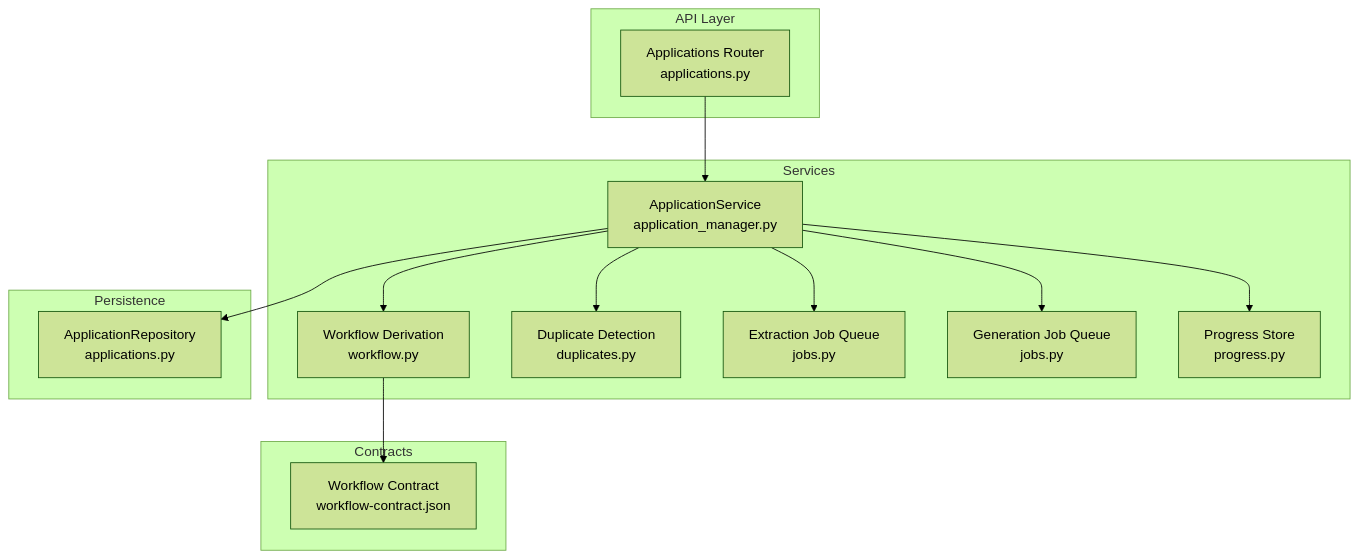
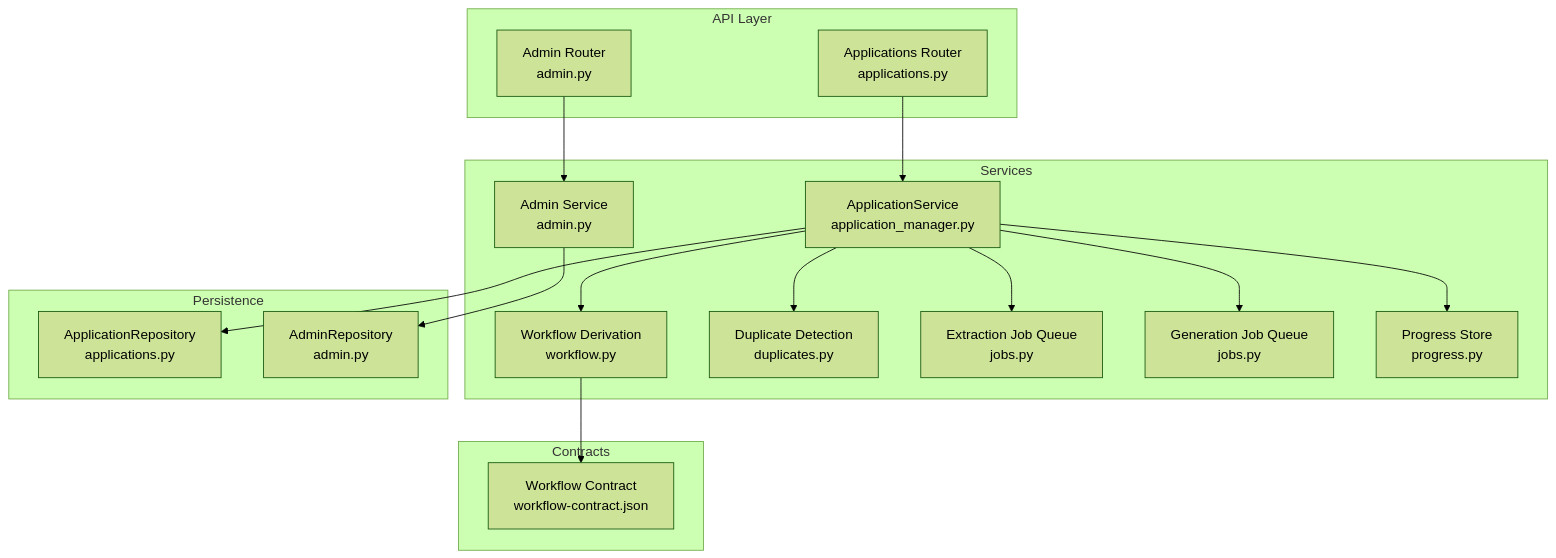
The first of 6 diagrams in .qoder/repowiki/en/content/Backend API/API Endpoints/Application CRUD Operations.md (sankaL/resume-app), drawn with Mermaid (forest theme) before and after one commit. The commit also changed other lines of this file and 11 other files, not shown here.

````diff
--- a/.qoder/repowiki/en/content/Backend API/API Endpoints/Application CRUD Operations.md
+++ b/.qoder/repowiki/en/content/Backend API/API Endpoints/Application CRUD Operations.md
@@ -33,28 +47,33 @@
 ```mermaid
 graph TB
 subgraph "API Layer"
 R["Applications Router<br/>applications.py"]
+A["Admin Router<br/>admin.py"]
 end
 subgraph "Services"
 S["ApplicationService<br/>application_manager.py"]
 W["Workflow Derivation<br/>workflow.py"]
 D["Duplicate Detection<br/>duplicates.py"]
 Q1["Extraction Job Queue<br/>jobs.py"]
 Q2["Generation Job Queue<br/>jobs.py"]
 P["Progress Store<br/>progress.py"]
+ADM["Admin Service<br/>admin.py"]
 end
 subgraph "Persistence"
 DBR["ApplicationRepository<br/>applications.py"]
+DBA["AdminRepository<br/>admin.py"]
 end
 subgraph "Contracts"
 WC["Workflow Contract<br/>workflow-contract.json"]
 end
 R --> S
 S --> DBR
 S --> D
 S --> Q1
 S --> Q2
 S --> P
 S --> W
 W --> WC
+A --> ADM
+ADM --> DBA
 ```
````
